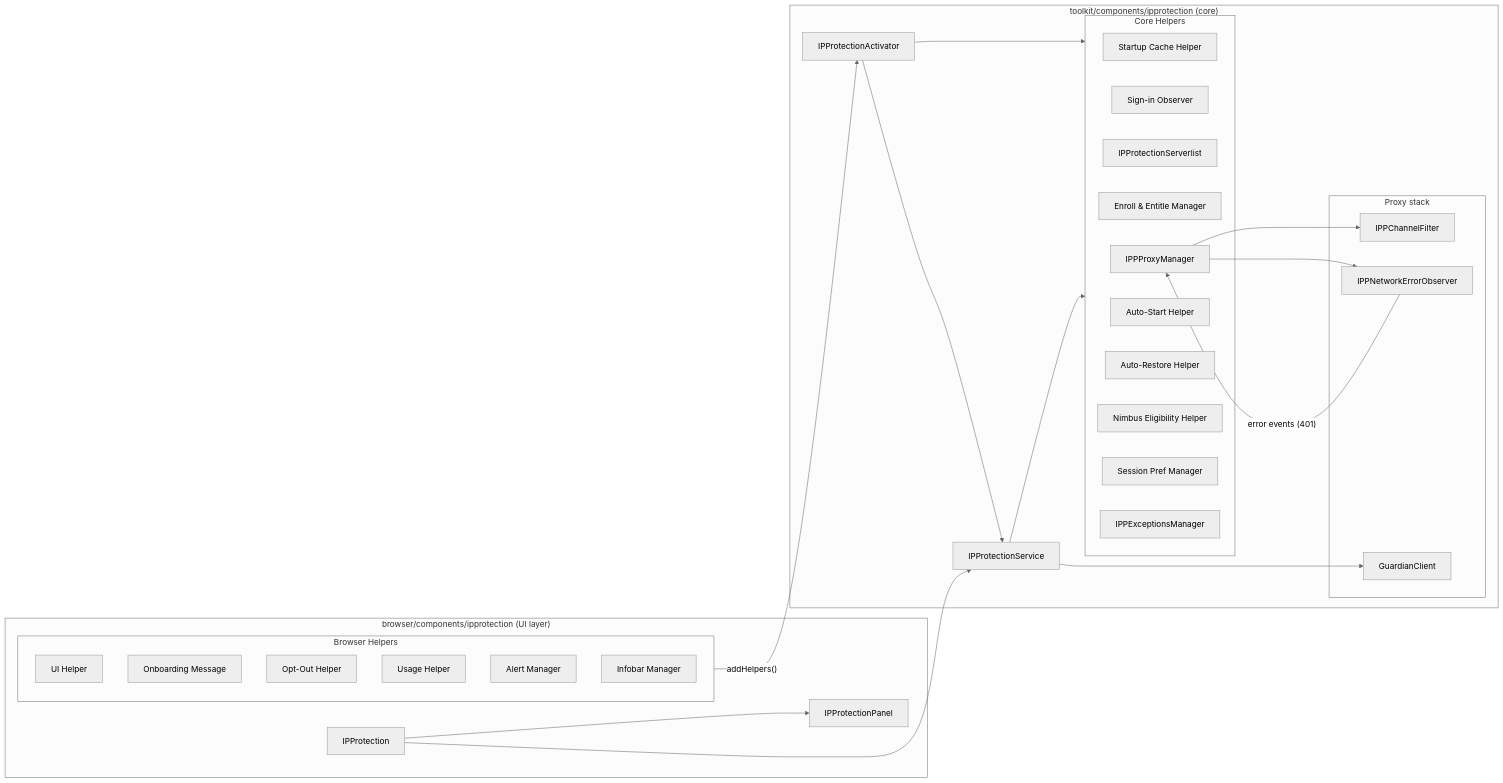
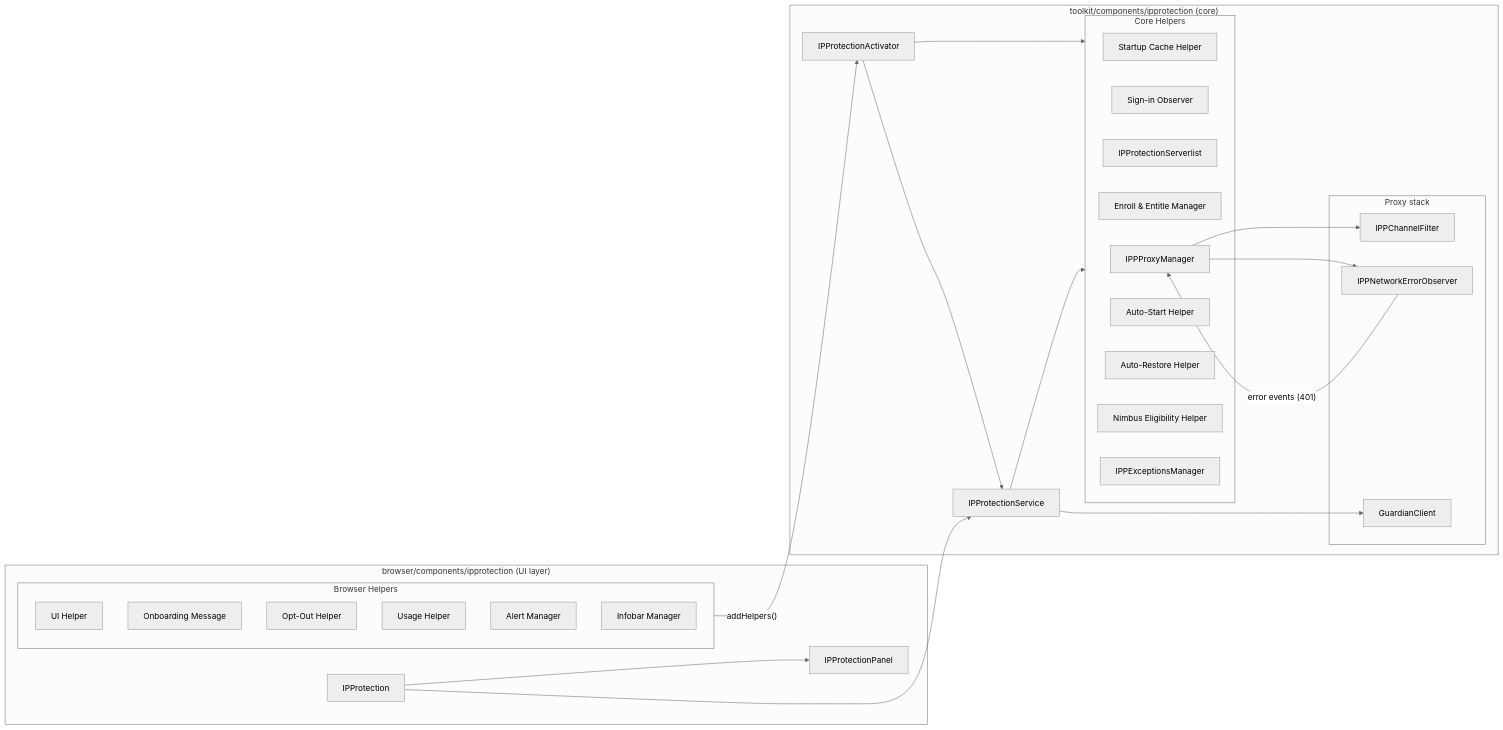
One commit to xdm2211/iceweasel changed the diagram in toolkit/components/ipprotection/docs/Components.rst. Above: the diagram before and after it, drawn with Mermaid (neutral theme). The commit also changed other lines of this file and 5 other files, not shown here.

```diff
--- a/toolkit/components/ipprotection/docs/Components.rst
+++ b/toolkit/components/ipprotection/docs/Components.rst
@@ -18,63 +18,62 @@
 .. mermaid::
    :align: center
    :caption: IP Protection architecture
 
    flowchart LR
 
      %% browser/components/ipprotection
      subgraph Browser["browser/components/ipprotection (UI layer)"]
        IPProtection
        IPProtectionPanel
 
        subgraph BrowserHelpers["Browser Helpers"]
          UIHelper["UI Helper"]
          IPPOnboardingMessage["Onboarding Message"]
          IPPOptOutHelper["Opt-Out Helper"]
          IPPUsageHelper["Usage Helper"]
          IPProtectionAlertManager["Alert Manager"]
          IPProtectionInfobarManager["Infobar Manager"]
        end
      end
 
      %% toolkit/components/ipprotection
      subgraph Toolkit["toolkit/components/ipprotection (core)"]
        IPProtectionService
        IPProtectionActivator
 
        subgraph CoreHelpers["Core Helpers"]
          IPPStartupCache["Startup Cache Helper"]
          IPPSignInWatcher["Sign-in Observer"]
          IPProtectionServerlist
          IPPEnrollAndEntitleManager["Enroll & Entitle Manager"]
          IPPProxyManager
          IPPAutoStart["Auto-Start Helper"]
          IPPAutoRestoreHelper["Auto-Restore Helper"]
          IPPNimbusHelper["Nimbus Eligibility Helper"]
-         IPPSessionPrefManager["Session Pref Manager"]
          IPPExceptionsManager
        end
 
        subgraph Proxy["Proxy stack"]
          IPPChannelFilter
          IPPNetworkErrorObserver
          GuardianClient
        end
      end
 
      %% Activator wiring
      BrowserHelpers -- "addHelpers()" --> IPProtectionActivator
      IPProtectionActivator --> IPProtectionService
      IPProtectionActivator --> CoreHelpers
 
      %% Service wiring
      IPProtectionService --> GuardianClient
      IPProtectionService --> CoreHelpers
 
      %% UI wiring
      IPProtection --> IPProtectionPanel
      IPProtection --> IPProtectionService
 
      %% Proxy wiring
      IPPProxyManager --> IPPChannelFilter
      IPPProxyManager --> IPPNetworkErrorObserver
      IPPNetworkErrorObserver -- "error events (401)" --> IPPProxyManager
```
